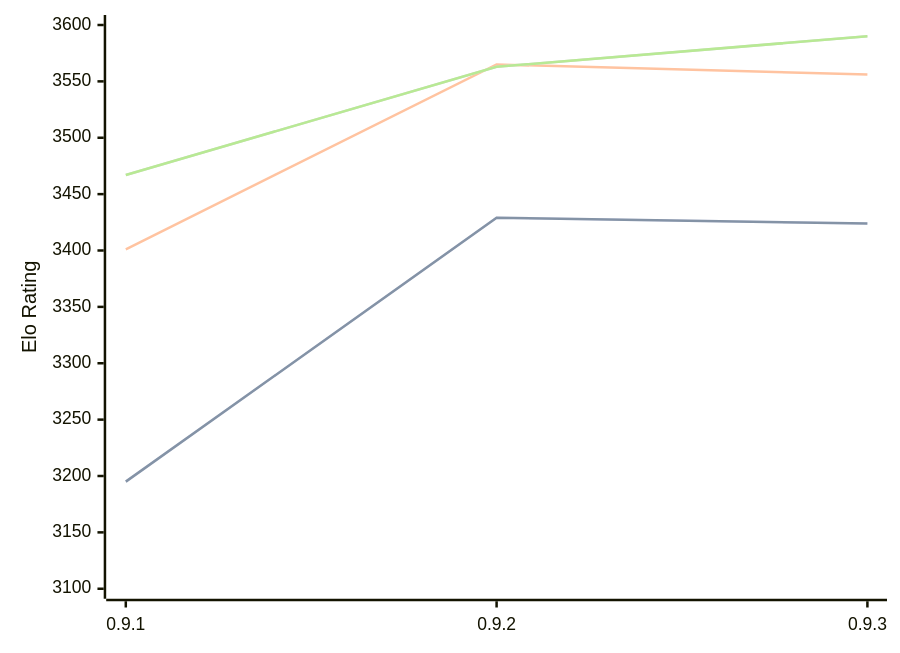
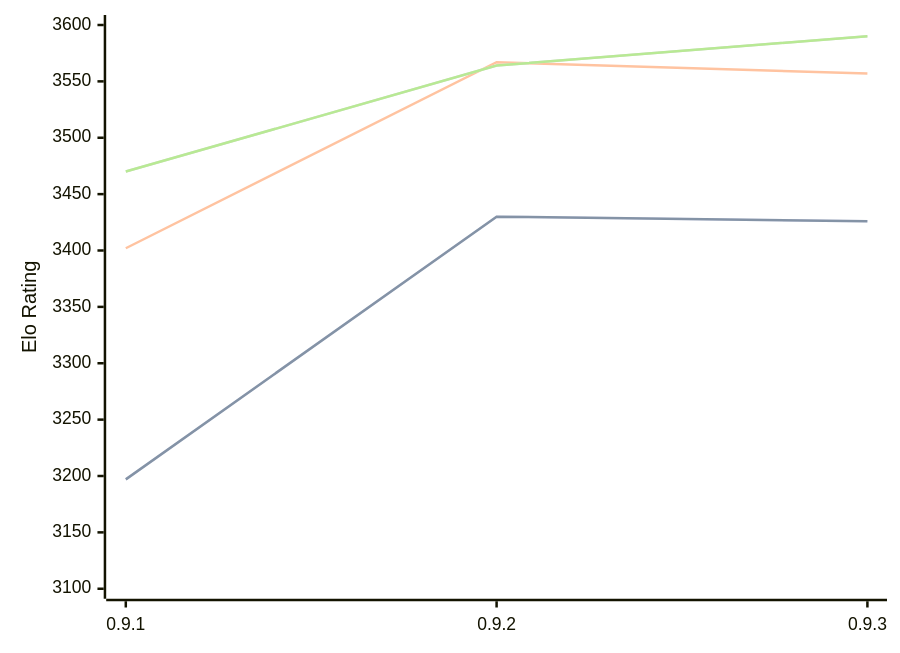
The diagram in engines/Coda.md (computer-chess-index/cci), drawn with Mermaid before and after one commit. The commit also changed other lines of this file, not shown here.

Commit message:
Update CCI Ratings (ELO VLTC) - 2026-08-22

````diff
--- a/engines/Coda.md
+++ b/engines/Coda.md
@@ -33,11 +33,11 @@
 ```mermaid
 %%{init: {"theme":"base","themeVariables":{"seriesColors:['#a3a3a3','#222221','#faa371']}}}%%
 xychart-beta
   x-axis ["0.9.1", "0.9.2", "0.9.3"]
   y-axis "Elo Rating" 3100 --> 3600
-  line "STC (8.0+0.08s)" [3195, 3429, 3424]
-  line "STC (8.0+0.08s)" [3195, 3429, 3424]
-  line "LTC (60.0+0.60s)" [3401, 3565, 3556]
-  line "VLTC (2m24s+1.12s)" [3467, 3563, 3590]
-  line "VLTC (2m24s+1.12s)" [3467, 3563, 3590]
+  line "STC (8.0+0.08s)" [3197, 3430, 3426]
+  line "STC (8.0+0.08s)" [3197, 3430, 3426]
+  line "LTC (60.0+0.60s)" [3402, 3567, 3557]
+  line "VLTC (2m24s+1.12s)" [3470, 3564, 3590]
+  line "VLTC (2m24s+1.12s)" [3470, 3564, 3590]
 ```
````
